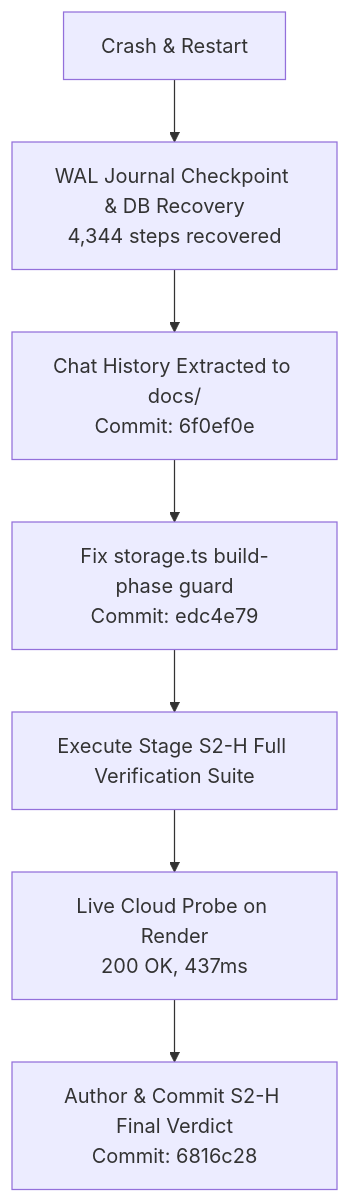
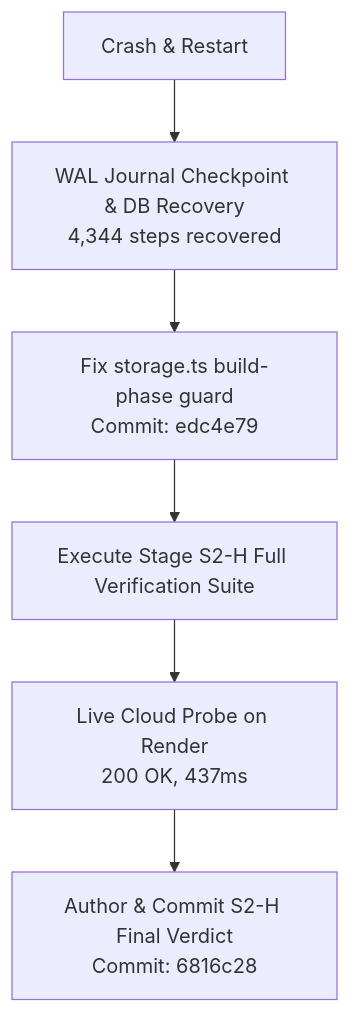
Before and after one commit to cascadetechnologiesbackend-ship-it/Edu_core: the second of 2 diagrams in docs/s2-walkthrough.md, drawn with Mermaid. The commit also changed other lines of this file and 2 other files, not shown here.

Commit message:
fix(security): Stage S3-T0 transcript and credential eradication

````diff
--- a/docs/s2-walkthrough.md
+++ b/docs/s2-walkthrough.md
@@ -120,9 +120,8 @@
 ```mermaid
 graph TD
     A[Crash & Restart] --> B[WAL Journal Checkpoint & DB Recovery<br/>4,344 steps recovered]
-    B --> C[Chat History Extracted to docs/<br/>Commit: 6f0ef0e]
-    C --> D[Fix storage.ts build-phase guard<br/>Commit: edc4e79]
-    D --> E[Execute Stage S2-H Full Verification Suite]
-    E --> F[Live Cloud Probe on Render<br/>200 OK, 437ms]
-    F --> G[Author & Commit S2-H Final Verdict<br/>Commit: 6816c28]
+    B --> C[Fix storage.ts build-phase guard<br/>Commit: edc4e79]
+    C --> D[Execute Stage S2-H Full Verification Suite]
+    D --> E[Live Cloud Probe on Render<br/>200 OK, 437ms]
+    E --> F[Author & Commit S2-H Final Verdict<br/>Commit: 6816c28]
 ```
````
